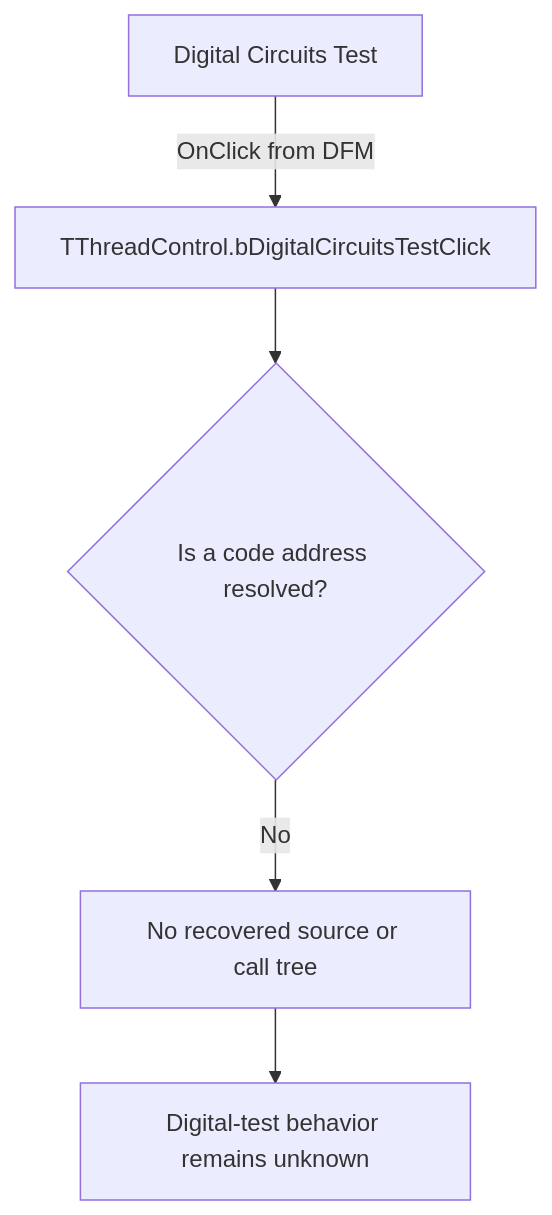
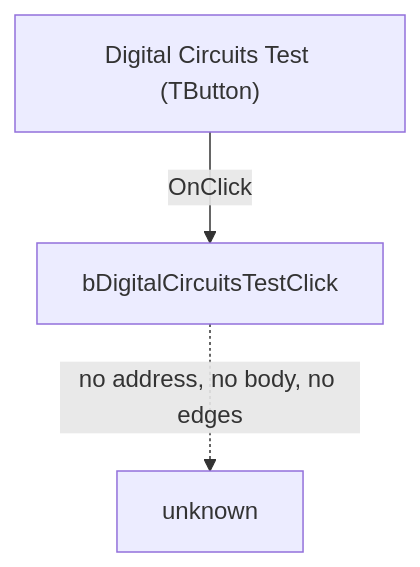
One commit to MovGP0/TIARA changed the diagram in docs/ui-controls/threadcontrol/bdigitalcircuitstest-2e6048c74c.md. Above: the diagram before and after it, drawn with Mermaid. The commit also changed other lines of this file and 106 other files, not shown here.

````diff
--- a/docs/ui-controls/threadcontrol/bdigitalcircuitstest-2e6048c74c.md
+++ b/docs/ui-controls/threadcontrol/bdigitalcircuitstest-2e6048c74c.md
@@ -29,7 +29,5 @@
 ```mermaid
 flowchart TD
-    control["Digital Circuits Test"] -->|OnClick from DFM| binding["TThreadControl.bDigitalCircuitsTestClick"]
-    binding --> address{"Is a code address resolved?"}
-    address -->|No| gap["No recovered source or call tree"]
-    gap --> unknown["Digital-test behavior remains unknown"]
+    control["Digital Circuits Test (TButton)"] -->|"OnClick"| handler["bDigitalCircuitsTestClick"]
+    handler -.->|"no address, no body, no edges"| gone["unknown"]
 ```
````
